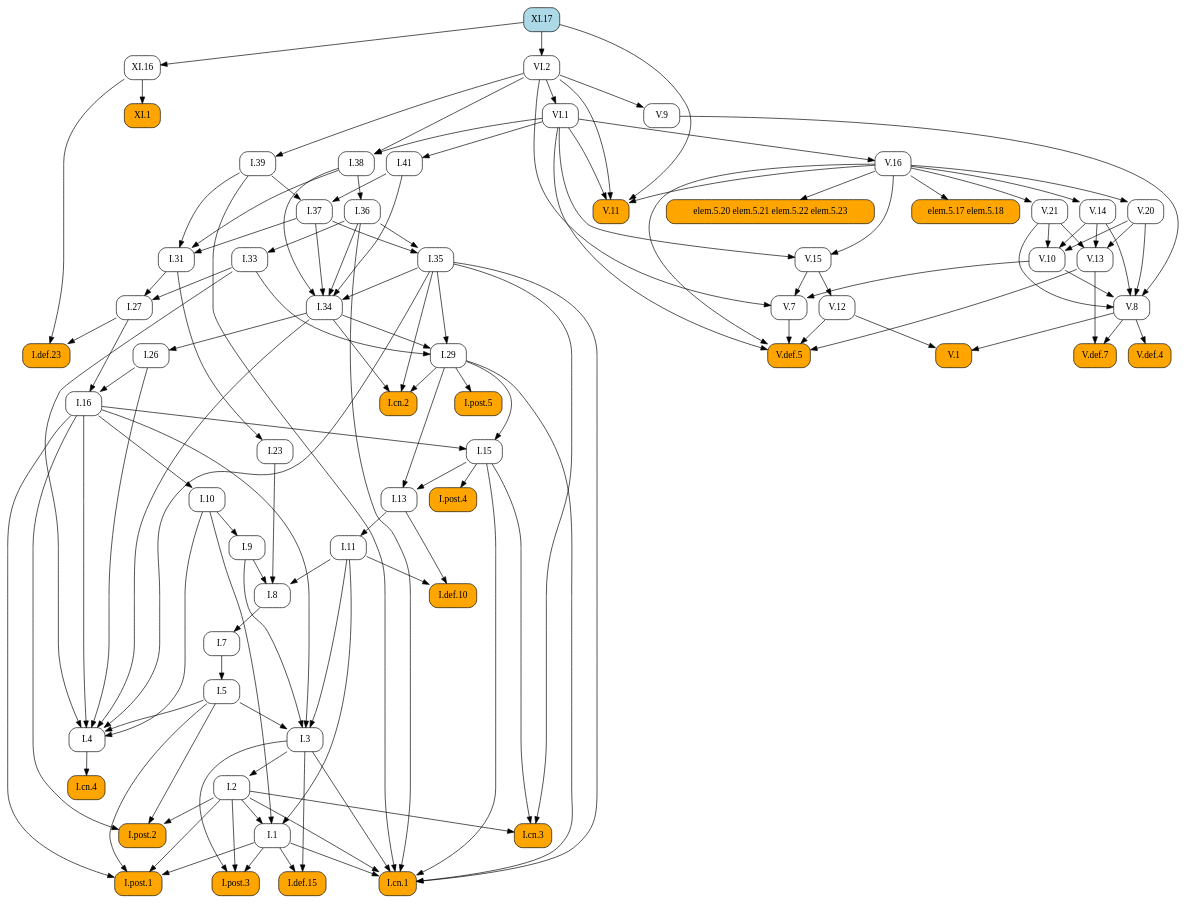
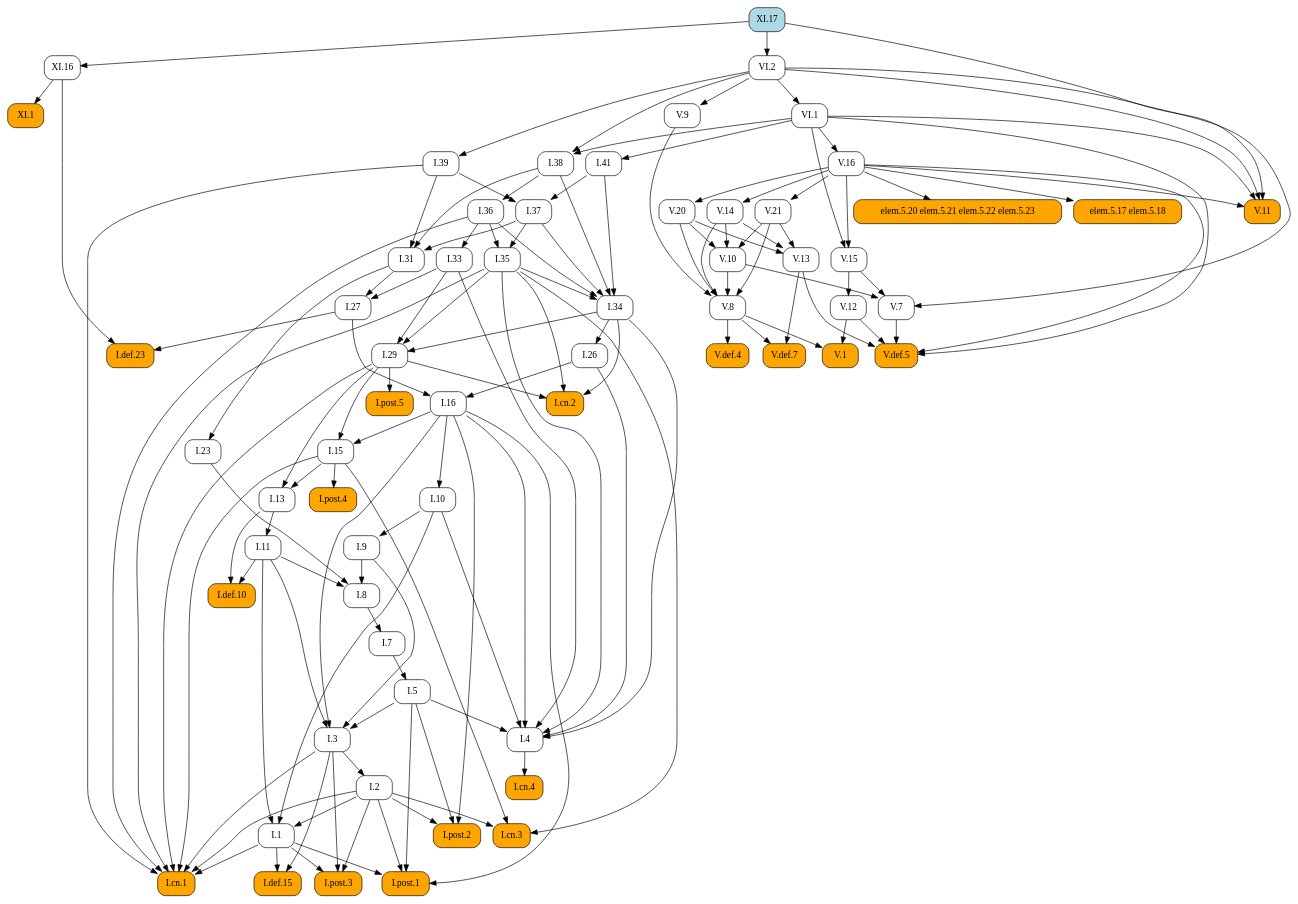
Before and after one commit to geometor/elements: the diagram in docsrc/heath/XI/17/index.rst, drawn with Graphviz. The commit also changed other lines of this file and 484 other files, not shown here.

```diff
--- a/docsrc/heath/XI/17/index.rst
+++ b/docsrc/heath/XI/17/index.rst
@@ -41,110 +41,124 @@
    digraph {
      rankdir="TB";
      node [shape=box, style=rounded];
-     "I.def.10" [style="rounded,filled", fillcolor=orange, URL="/heath/I/def.10/", target="_top"];
-     "I.11" [URL="/heath/I/11/", target="_top"];
-     "I.post.4" [style="rounded,filled", fillcolor=orange, URL="/heath/I/post.4/", target="_top"];
-     "I.1" [URL="/heath/I/1/", target="_top"];
-     "I.39" [URL="/heath/I/39/", target="_top"];
-     "XI.17" [style="rounded,filled", fillcolor=lightblue, URL="/heath/XI/17/", target="_top"];
-     "I.26" [URL="/heath/I/26/", target="_top"];
+     "V.16" [URL="/heath/V/16/", target="_top"];
+     "I.23" [URL="/heath/I/23/", target="_top"];
+     "I.9" [URL="/heath/I/9/", target="_top"];
+     "I.33" [URL="/heath/I/33/", target="_top"];
+     "I.def.15" [style="rounded,filled", fillcolor=orange, URL="/heath/I/def.15/", target="_top"];
+     "V.13" [URL="/heath/V/13/", target="_top"];
+     "V.7" [URL="/heath/V/7/", target="_top"];
+     "elem.5.17 elem.5.18" [style="rounded,filled", fillcolor=orange];
+     "I.post.3" [style="rounded,filled", fillcolor=orange, URL="/heath/I/post.3/", target="_top"];
+     "I.post.1" [style="rounded,filled", fillcolor=orange, URL="/heath/I/post.1/", target="_top"];
      "V.14" [URL="/heath/V/14/", target="_top"];
      "V.def.5" [style="rounded,filled", fillcolor=orange, URL="/heath/V/def.5/", target="_top"];
+     "V.9" [URL="/heath/V/9/", target="_top"];
+     "I.31" [URL="/heath/I/31/", target="_top"];
+     "V.10" [URL="/heath/V/10/", target="_top"];
+     "I.def.10" [style="rounded,filled", fillcolor=orange, URL="/heath/I/def.10/", target="_top"];
+     "VI.1" [URL="/heath/VI/1/", target="_top"];
+     "XI.17" [style="rounded,filled", fillcolor=lightblue, URL="/heath/XI/17/", target="_top"];
+     "I.27" [URL="/heath/I/27/", target="_top"];
+     "I.39" [URL="/heath/I/39/", target="_top"];
+     "V.20" [URL="/heath/V/20/", target="_top"];
+     "V.11" [style="rounded,filled", fillcolor=orange, URL="/heath/V/11/", target="_top"];
+     "I.34" [URL="/heath/I/34/", target="_top"];
+     "V.12" [URL="/heath/V/12/", target="_top"];
+     "I.3" [URL="/heath/I/3/", target="_top"];
+     "V.def.4" [style="rounded,filled", fillcolor=orange, URL="/heath/V/def.4/", target="_top"];
+     "I.35" [URL="/heath/I/35/", target="_top"];
+     "I.cn.1" [style="rounded,filled", fillcolor=orange, URL="/heath/I/cn.1/", target="_top"];
+     "V.def.7" [style="rounded,filled", fillcolor=orange, URL="/heath/V/def.7/", target="_top"];
+     "I.7" [URL="/heath/I/7/", target="_top"];
+     "V.21" [URL="/heath/V/21/", target="_top"];
+     "I.2" [URL="/heath/I/2/", target="_top"];
+     "I.36" [URL="/heath/I/36/", target="_top"];
+     "I.13" [URL="/heath/I/13/", target="_top"];
+     "I.post.4" [style="rounded,filled", fillcolor=orange, URL="/heath/I/post.4/", target="_top"];
+     "I.4" [URL="/heath/I/4/", target="_top"];
+     "I.1" [URL="/heath/I/1/", target="_top"];
+     "XI.16" [URL="/heath/XI/16/", target="_top"];
+     "I.5" [URL="/heath/I/5/", target="_top"];
+     "I.37" [URL="/heath/I/37/", target="_top"];
+     "I.8" [URL="/heath/I/8/", target="_top"];
      "I.29" [URL="/heath/I/29/", target="_top"];
-     "V.12" [URL="/heath/V/12/", target="_top"];
+     "I.cn.3" [style="rounded,filled", fillcolor=orange, URL="/heath/I/cn.3/", target="_top"];
+     "I.16" [URL="/heath/I/16/", target="_top"];
+     "V.8" [URL="/heath/V/8/", target="_top"];
+     "I.38" [URL="/heath/I/38/", target="_top"];
+     "I.15" [URL="/heath/I/15/", target="_top"];
+     "V.1" [style="rounded,filled", fillcolor=orange, URL="/heath/V/1/", target="_top"];
+     "I.10" [URL="/heath/I/10/", target="_top"];
+     "I.def.23" [style="rounded,filled", fillcolor=orange, URL="/heath/I/def.23/", target="_top"];
+     "I.11" [URL="/heath/I/11/", target="_top"];
      "I.cn.2" [style="rounded,filled", fillcolor=orange, URL="/heath/I/cn.2/", target="_top"];
-     "V.20" [URL="/heath/V/20/", target="_top"];
-     "V.10" [URL="/heath/V/10/", target="_top"];
-     "V.11" [style="rounded,filled", fillcolor=orange, URL="/heath/V/11/", target="_top"];
+     "I.post.5" [style="rounded,filled", fillcolor=orange, URL="/heath/I/post.5/", target="_top"];
      "VI.2" [URL="/heath/VI/2/", target="_top"];
-     "V.13" [URL="/heath/V/13/", target="_top"];
-     "I.def.15" [style="rounded,filled", fillcolor=orange, URL="/heath/I/def.15/", target="_top"];
+     "XI.1" [style="rounded,filled", fillcolor=orange, URL="/heath/XI/1/", target="_top"];
+     "I.cn.4" [style="rounded,filled", fillcolor=orange, URL="/heath/I/cn.4/", target="_top"];
+     "I.41" [URL="/heath/I/41/", target="_top"];
      "V.15" [URL="/heath/V/15/", target="_top"];
-     "VI.1" [URL="/heath/VI/1/", target="_top"];
-     "I.post.3" [style="rounded,filled", fillcolor=orange, URL="/heath/I/post.3/", target="_top"];
-     "XI.1" [style="rounded,filled", fillcolor=orange, URL="/heath/XI/1/", target="_top"];
-     "I.cn.1" [style="rounded,filled", fillcolor=orange, URL="/heath/I/cn.1/", target="_top"];
-     "I.cn.3" [style="rounded,filled", fillcolor=orange, URL="/heath/I/cn.3/", target="_top"];
-     "V.7" [URL="/heath/V/7/", target="_top"];
-     "V.9" [URL="/heath/V/9/", target="_top"];
-     "V.16" [URL="/heath/V/16/", target="_top"];
-     "I.23" [URL="/heath/I/23/", target="_top"];
-     "I.post.1" [style="rounded,filled", fillcolor=orange, URL="/heath/I/post.1/", target="_top"];
-     "I.35" [URL="/heath/I/35/", target="_top"];
-     "XI.16" [URL="/heath/XI/16/", target="_top"];
-     "I.36" [URL="/heath/I/36/", target="_top"];
-     "V.8" [URL="/heath/V/8/", target="_top"];
-     "I.41" [URL="/heath/I/41/", target="_top"];
-     "I.27" [URL="/heath/I/27/", target="_top"];
-     "I.37" [URL="/heath/I/37/", target="_top"];
-     "I.34" [URL="/heath/I/34/", target="_top"];
-     "I.7" [URL="/heath/I/7/", target="_top"];
-     "I.3" [URL="/heath/I/3/", target="_top"];
-     "I.2" [URL="/heath/I/2/", target="_top"];
-     "I.def.23" [style="rounded,filled", fillcolor=orange, URL="/heath/I/def.23/", target="_top"];
-     "I.4" [URL="/heath/I/4/", target="_top"];
-     "I.13" [URL="/heath/I/13/", target="_top"];
-     "I.33" [URL="/heath/I/33/", target="_top"];
-     "I.31" [URL="/heath/I/31/", target="_top"];
      "I.post.2" [style="rounded,filled", fillcolor=orange, URL="/heath/I/post.2/", target="_top"];
-     "V.1" [style="rounded,filled", fillcolor=orange, URL="/heath/V/1/", target="_top"];
-     "I.16" [URL="/heath/I/16/", target="_top"];
+     "I.26" [URL="/heath/I/26/", target="_top"];
      "elem.5.20 elem.5.21 elem.5.22 elem.5.23" [style="rounded,filled", fillcolor=orange];
-     "elem.5.17 elem.5.18" [style="rounded,filled", fillcolor=orange];
-     "I.9" [URL="/heath/I/9/", target="_top"];
-     "I.8" [URL="/heath/I/8/", target="_top"];
-     "V.def.4" [style="rounded,filled", fillcolor=orange, URL="/heath/V/def.4/", target="_top"];
-     "I.cn.4" [style="rounded,filled", fillcolor=orange, URL="/heath/I/cn.4/", target="_top"];
-     "I.15" [URL="/heath/I/15/", target="_top"];
-     "I.post.5" [style="rounded,filled", fillcolor=orange, URL="/heath/I/post.5/", target="_top"];
-     "I.38" [URL="/heath/I/38/", target="_top"];
-     "V.def.7" [style="rounded,filled", fillcolor=orange, URL="/heath/V/def.7/", target="_top"];
-     "I.10" [URL="/heath/I/10/", target="_top"];
-     "I.5" [URL="/heath/I/5/", target="_top"];
-     "V.21" [URL="/heath/V/21/", target="_top"];
-     "I.11" -> "I.def.10";
-     "I.13" -> "I.def.10";
-     "I.13" -> "I.11";
-     "I.15" -> "I.post.4";
-     "I.2" -> "I.1";
-     "I.10" -> "I.1";
-     "I.11" -> "I.1";
-     "VI.2" -> "I.39";
-     "I.34" -> "I.26";
+     "VI.1" -> "V.16";
+     "I.31" -> "I.23";
+     "I.10" -> "I.9";
+     "I.36" -> "I.33";
+     "I.1" -> "I.def.15";
+     "I.3" -> "I.def.15";
+     "V.14" -> "V.13";
+     "V.20" -> "V.13";
+     "V.21" -> "V.13";
+     "V.10" -> "V.7";
+     "V.15" -> "V.7";
+     "VI.2" -> "V.7";
+     "V.16" -> "elem.5.17 elem.5.18";
+     "I.1" -> "I.post.3";
+     "I.2" -> "I.post.3";
+     "I.3" -> "I.post.3";
+     "I.1" -> "I.post.1";
+     "I.2" -> "I.post.1";
+     "I.5" -> "I.post.1";
+     "I.16" -> "I.post.1";
      "V.16" -> "V.14";
      "V.7" -> "V.def.5";
      "V.12" -> "V.def.5";
      "V.13" -> "V.def.5";
      "V.16" -> "V.def.5";
      "VI.1" -> "V.def.5";
-     "I.33" -> "I.29";
-     "I.34" -> "I.29";
-     "I.35" -> "I.29";
-     "V.15" -> "V.12";
-     "I.29" -> "I.cn.2";
-     "I.34" -> "I.cn.2";
-     "I.35" -> "I.cn.2";
-     "V.16" -> "V.20";
+     "VI.2" -> "V.9";
+     "I.37" -> "I.31";
+     "I.38" -> "I.31";
+     "I.39" -> "I.31";
      "V.14" -> "V.10";
      "V.20" -> "V.10";
      "V.21" -> "V.10";
+     "I.11" -> "I.def.10";
+     "I.13" -> "I.def.10";
+     "VI.2" -> "VI.1";
+     "I.31" -> "I.27";
+     "I.33" -> "I.27";
+     "VI.2" -> "I.39";
+     "V.16" -> "V.20";
      "V.16" -> "V.11";
      "VI.1" -> "V.11";
      "VI.2" -> "V.11";
      "XI.17" -> "V.11";
-     "XI.17" -> "VI.2";
-     "V.14" -> "V.13";
-     "V.20" -> "V.13";
-     "V.21" -> "V.13";
-     "I.1" -> "I.def.15";
-     "I.3" -> "I.def.15";
-     "V.16" -> "V.15";
-     "VI.1" -> "V.15";
-     "VI.2" -> "VI.1";
-     "I.1" -> "I.post.3";
-     "I.2" -> "I.post.3";
-     "I.3" -> "I.post.3";
-     "XI.16" -> "XI.1";
+     "I.35" -> "I.34";
+     "I.36" -> "I.34";
+     "I.37" -> "I.34";
+     "I.38" -> "I.34";
+     "I.41" -> "I.34";
+     "V.15" -> "V.12";
+     "I.5" -> "I.3";
+     "I.9" -> "I.3";
+     "I.11" -> "I.3";
+     "I.16" -> "I.3";
+     "V.8" -> "V.def.4";
+     "I.36" -> "I.35";
+     "I.37" -> "I.35";
      "I.1" -> "I.cn.1";
      "I.2" -> "I.cn.1";
      "I.3" -> "I.cn.1";
@@ -153,46 +167,15 @@
      "I.35" -> "I.cn.1";
      "I.36" -> "I.cn.1";
      "I.39" -> "I.cn.1";
-     "I.2" -> "I.cn.3";
-     "I.15" -> "I.cn.3";
-     "I.35" -> "I.cn.3";
-     "V.10" -> "V.7";
-     "V.15" -> "V.7";
-     "VI.2" -> "V.7";
-     "VI.2" -> "V.9";
-     "VI.1" -> "V.16";
-     "I.31" -> "I.23";
-     "I.1" -> "I.post.1";
-     "I.2" -> "I.post.1";
-     "I.5" -> "I.post.1";
-     "I.16" -> "I.post.1";
-     "I.36" -> "I.35";
-     "I.37" -> "I.35";
-     "XI.17" -> "XI.16";
+     "V.8" -> "V.def.7";
+     "V.13" -> "V.def.7";
+     "I.8" -> "I.7";
+     "V.16" -> "V.21";
+     "I.3" -> "I.2";
      "I.38" -> "I.36";
-     "V.9" -> "V.8";
-     "V.10" -> "V.8";
-     "V.14" -> "V.8";
-     "V.20" -> "V.8";
-     "V.21" -> "V.8";
-     "VI.1" -> "I.41";
-     "I.31" -> "I.27";
-     "I.33" -> "I.27";
-     "I.39" -> "I.37";
-     "I.41" -> "I.37";
-     "I.35" -> "I.34";
-     "I.36" -> "I.34";
-     "I.37" -> "I.34";
-     "I.38" -> "I.34";
-     "I.41" -> "I.34";
-     "I.8" -> "I.7";
-     "I.5" -> "I.3";
-     "I.9" -> "I.3";
-     "I.11" -> "I.3";
-     "I.16" -> "I.3";
-     "I.3" -> "I.2";
-     "I.27" -> "I.def.23";
-     "XI.16" -> "I.def.23";
+     "I.15" -> "I.13";
+     "I.29" -> "I.13";
+     "I.15" -> "I.post.4";
      "I.5" -> "I.4";
      "I.10" -> "I.4";
      "I.16" -> "I.4";
@@ -200,35 +183,52 @@
      "I.33" -> "I.4";
      "I.34" -> "I.4";
      "I.35" -> "I.4";
-     "I.15" -> "I.13";
-     "I.29" -> "I.13";
-     "I.36" -> "I.33";
-     "I.37" -> "I.31";
-     "I.38" -> "I.31";
-     "I.39" -> "I.31";
+     "I.2" -> "I.1";
+     "I.10" -> "I.1";
+     "I.11" -> "I.1";
+     "XI.17" -> "XI.16";
+     "I.7" -> "I.5";
+     "I.39" -> "I.37";
+     "I.41" -> "I.37";
+     "I.9" -> "I.8";
+     "I.11" -> "I.8";
+     "I.23" -> "I.8";
+     "I.33" -> "I.29";
+     "I.34" -> "I.29";
+     "I.35" -> "I.29";
+     "I.2" -> "I.cn.3";
+     "I.15" -> "I.cn.3";
+     "I.35" -> "I.cn.3";
+     "I.26" -> "I.16";
+     "I.27" -> "I.16";
+     "V.9" -> "V.8";
+     "V.10" -> "V.8";
+     "V.14" -> "V.8";
+     "V.20" -> "V.8";
+     "V.21" -> "V.8";
+     "VI.1" -> "I.38";
+     "VI.2" -> "I.38";
+     "I.16" -> "I.15";
+     "I.29" -> "I.15";
+     "V.8" -> "V.1";
+     "V.12" -> "V.1";
+     "I.16" -> "I.10";
+     "I.27" -> "I.def.23";
+     "XI.16" -> "I.def.23";
+     "I.13" -> "I.11";
+     "I.29" -> "I.cn.2";
+     "I.34" -> "I.cn.2";
+     "I.35" -> "I.cn.2";
+     "I.29" -> "I.post.5";
+     "XI.17" -> "VI.2";
+     "XI.16" -> "XI.1";
+     "I.4" -> "I.cn.4";
+     "VI.1" -> "I.41";
+     "V.16" -> "V.15";
+     "VI.1" -> "V.15";
      "I.2" -> "I.post.2";
      "I.5" -> "I.post.2";
      "I.16" -> "I.post.2";
-     "V.8" -> "V.1";
-     "V.12" -> "V.1";
-     "I.26" -> "I.16";
-     "I.27" -> "I.16";
+     "I.34" -> "I.26";
      "V.16" -> "elem.5.20 elem.5.21 elem.5.22 elem.5.23";
-     "V.16" -> "elem.5.17 elem.5.18";
-     "I.10" -> "I.9";
-     "I.9" -> "I.8";
-     "I.11" -> "I.8";
-     "I.23" -> "I.8";
-     "V.8" -> "V.def.4";
-     "I.4" -> "I.cn.4";
-     "I.16" -> "I.15";
-     "I.29" -> "I.15";
-     "I.29" -> "I.post.5";
-     "VI.1" -> "I.38";
-     "VI.2" -> "I.38";
-     "V.8" -> "V.def.7";
-     "V.13" -> "V.def.7";
-     "I.16" -> "I.10";
-     "I.7" -> "I.5";
-     "V.16" -> "V.21";
    }
```
